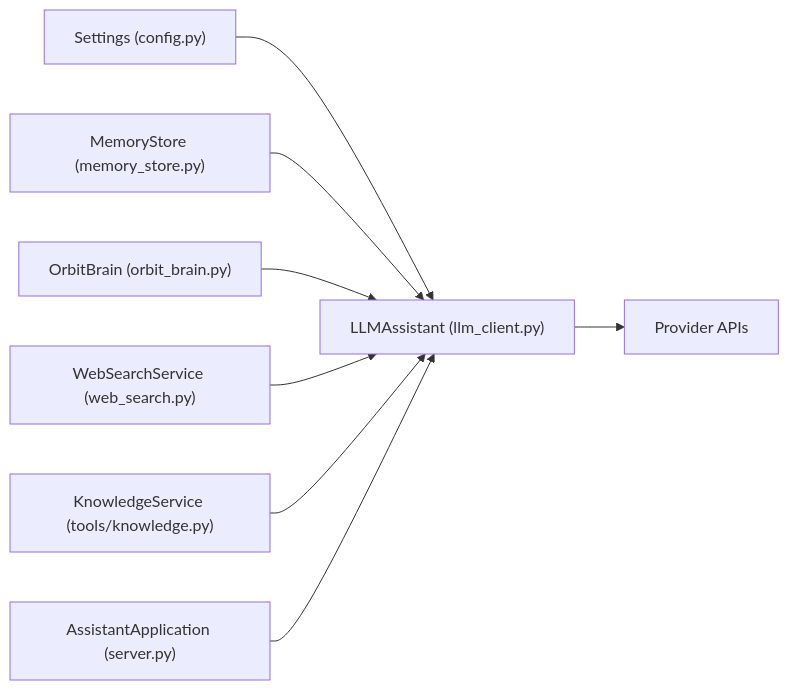
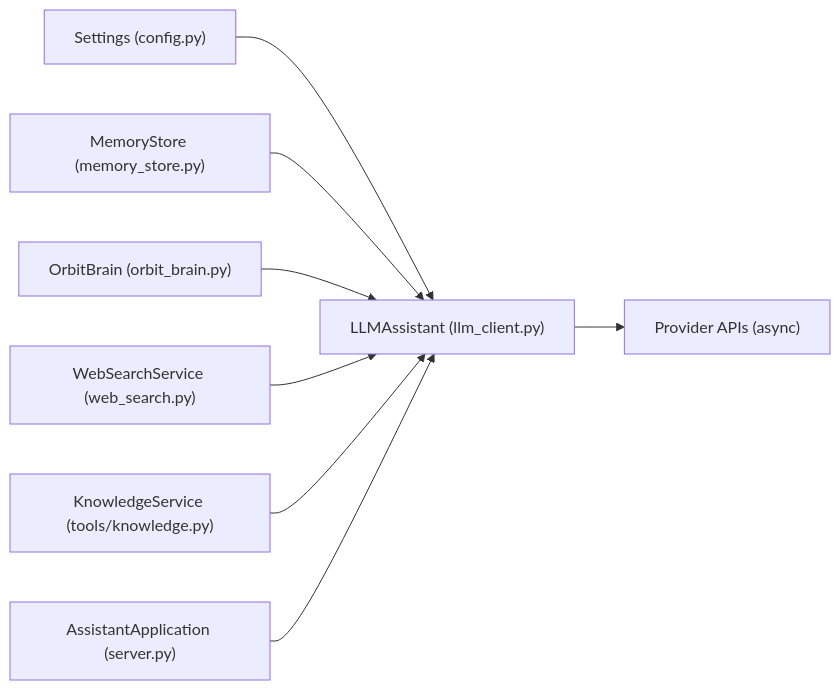
Before and after one commit to Sovetsky-Soyuz/AI-Assistant: the eighth of 8 diagrams in .qoder/repowiki/en/content/Backend Components/LLM Integration Layer/Client Architecture and Factory Pattern.md, drawn with Mermaid. The commit also changed other lines of this file and 10 other files, not shown here.

````diff
--- a/.qoder/repowiki/en/content/Backend Components/LLM Integration Layer/Client Architecture and Factory Pattern.md
+++ b/.qoder/repowiki/en/content/Backend Components/LLM Integration Layer/Client Architecture and Factory Pattern.md
@@ -300,10 +344,10 @@
 ```mermaid
 graph LR
 Settings["Settings (config.py)"] --> LLMA["LLMAssistant (llm_client.py)"]
 Memory["MemoryStore (memory_store.py)"] --> LLMA
 Brain["OrbitBrain (orbit_brain.py)"] --> LLMA
 ToolsWS["WebSearchService (web_search.py)"] --> LLMA
 ToolsKB["KnowledgeService (tools/knowledge.py)"] --> LLMA
 Server["AssistantApplication (server.py)"] --> LLMA
-LLMA --> Provider["Provider APIs"]
+LLMA --> Provider["Provider APIs (async)"]
 ```
````
